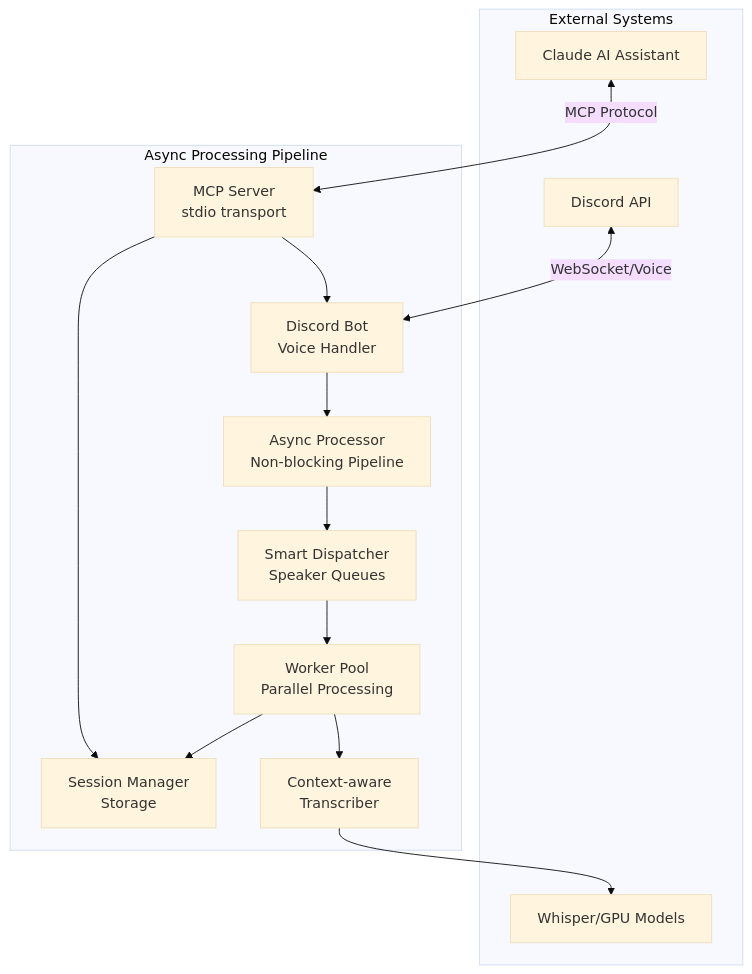
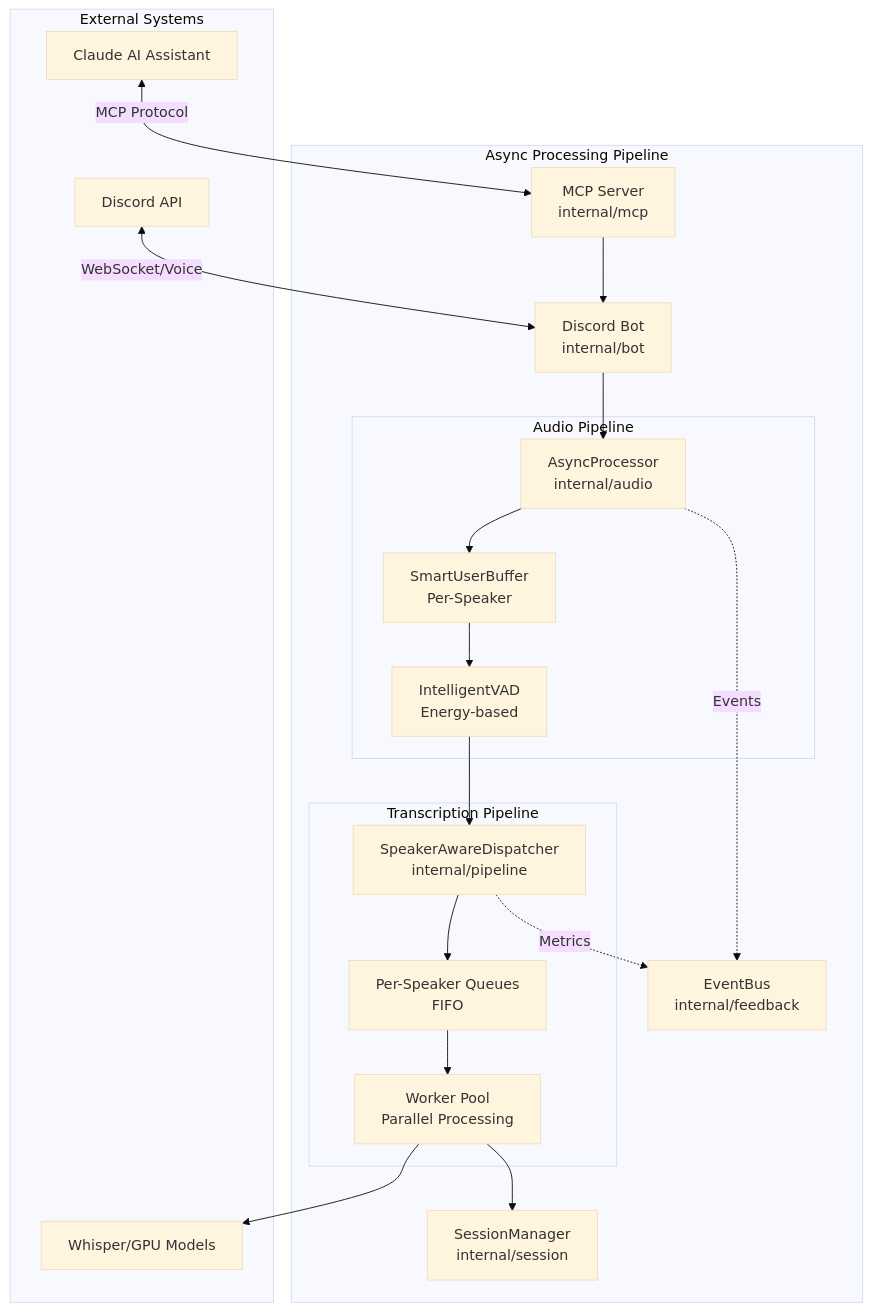
One commit to fankserver/discord-voice-mcp changed the first of 3 diagrams in ARCHITECTURE_DOCUMENTATION.md. Above: the diagram before and after it, drawn with Mermaid (base theme). The commit also changed other lines of this file, not shown here.

First line of the commit message:
docs: complete rewrite of architecture documentation

````diff
--- a/ARCHITECTURE_DOCUMENTATION.md
+++ b/ARCHITECTURE_DOCUMENTATION.md
@@ -17,29 +26,42 @@
 ```mermaid
 graph TB
     subgraph "External Systems"
         Discord[Discord API]
         Claude[Claude AI Assistant]
         Whisper[Whisper/GPU Models]
     end
     
     subgraph "Async Processing Pipeline"
-        MCP[MCP Server<br/>stdio transport]
-        Bot[Discord Bot<br/>Voice Handler]
-        Async[Async Processor<br/>Non-blocking Pipeline]
-        Dispatcher[Smart Dispatcher<br/>Speaker Queues]
-        Workers[Worker Pool<br/>Parallel Processing]
-        Trans[Context-aware<br/>Transcriber]
-        Session[Session Manager<br/>Storage]
+        MCP[MCP Server<br/>internal/mcp]
+        Bot[Discord Bot<br/>internal/bot]
+        
+        subgraph "Audio Pipeline"
+            AsyncProc[AsyncProcessor<br/>internal/audio]
+            SmartBuf[SmartUserBuffer<br/>Per-Speaker]
+            VAD[IntelligentVAD<br/>Energy-based]
+        end
+        
+        subgraph "Transcription Pipeline"
+            Dispatcher[SpeakerAwareDispatcher<br/>internal/pipeline]
+            Queues[Per-Speaker Queues<br/>FIFO]
+            Workers[Worker Pool<br/>Parallel Processing]
+        end
+        
+        EventBus[EventBus<br/>internal/feedback]
+        Session[SessionManager<br/>internal/session]
     end
     
     Claude <-->|MCP Protocol| MCP
     MCP --> Bot
     Discord <-->|WebSocket/Voice| Bot
-    Bot --> Async
-    Async --> Dispatcher
-    Dispatcher --> Workers
-    Workers --> Trans
-    Trans --> Whisper
+    Bot --> AsyncProc
+    AsyncProc --> SmartBuf
+    SmartBuf --> VAD
+    VAD --> Dispatcher
+    Dispatcher --> Queues
+    Queues --> Workers
+    Workers --> Whisper
     Workers --> Session
-    MCP --> Session
+    AsyncProc -.->|Events| EventBus
+    Dispatcher -.->|Metrics| EventBus
 ```
````
